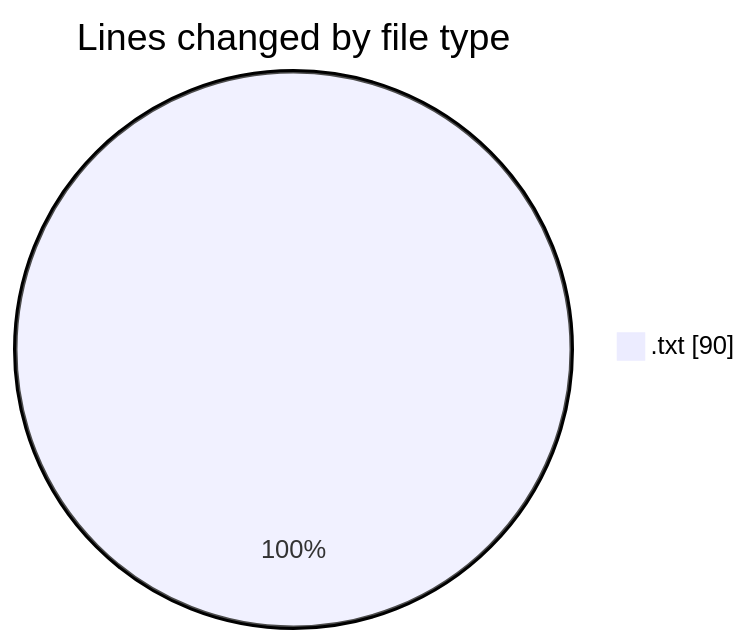
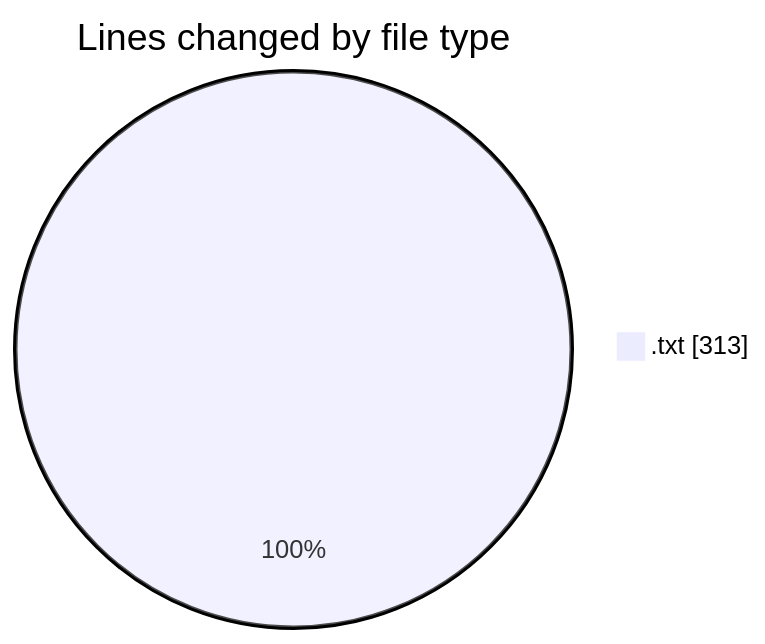
One commit to Ritupan-Deka/code-tracking changed the first of 2 diagrams in 2025-06-18/documents/README.md. Above: the diagram before and after it, drawn with Mermaid. The commit also changed other lines of this file and 1 other file, not shown here.

````diff
--- a/2025-06-18/documents/README.md
+++ b/2025-06-18/documents/README.md
@@ -21,5 +22,5 @@
 ```mermaid
 pie showData
 title Lines changed by file type
-".txt" : 90
+".txt" : 313
 ```
````
